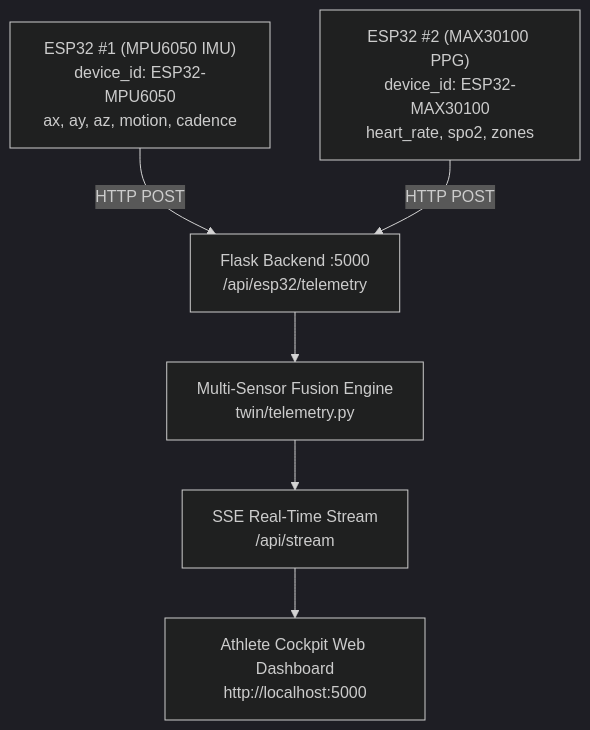
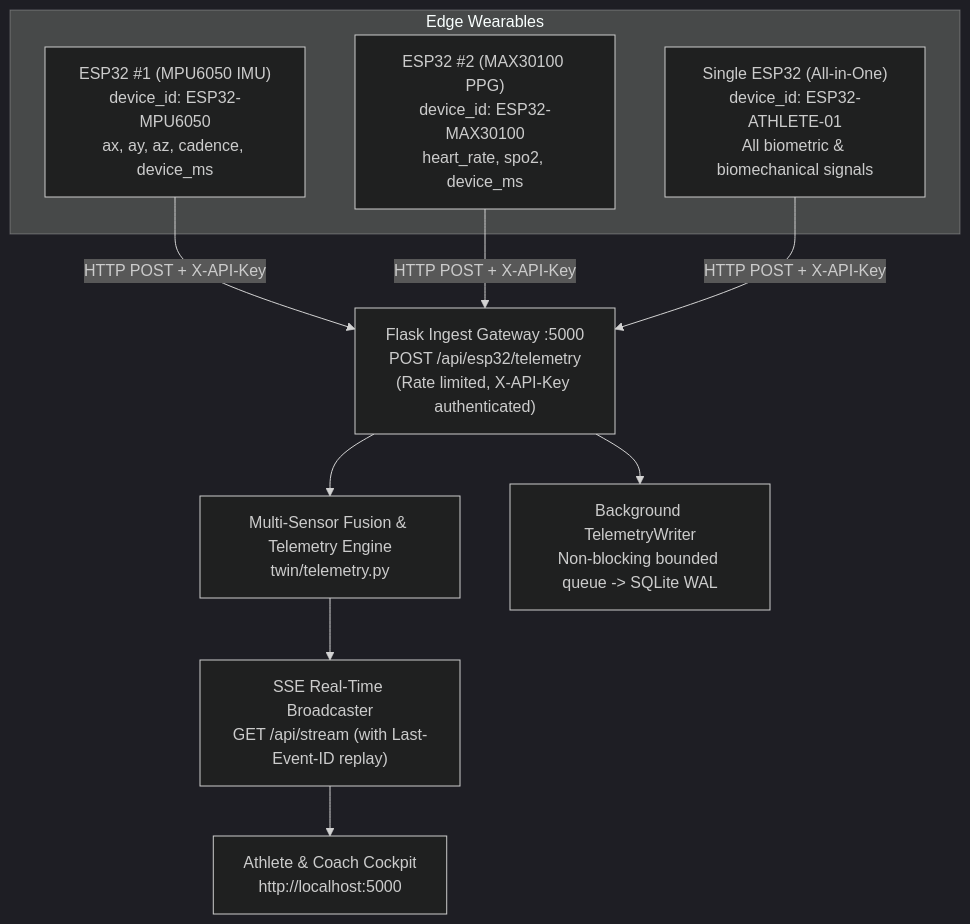
The diagram in firmware/WIRING_GUIDE.md (avneeshW/Twin-athlete), drawn with Mermaid (dark theme) before and after one commit. The commit also changed other lines of this file and 7 other files, not shown here.

Commit message:
docs(step-11): update README, WIRING_GUIDE for MAX30100 hardware and Phase 2 architecture

````diff
--- a/firmware/WIRING_GUIDE.md
+++ b/firmware/WIRING_GUIDE.md
@@ -13,8 +20,22 @@
 ```mermaid
 graph TD
-    ESP1["ESP32 #1 (MPU6050 IMU)<br/>device_id: ESP32-MPU6050<br/>ax, ay, az, motion, cadence"] -->|HTTP POST| SVR["Flask Backend :5000<br/>/api/esp32/telemetry"]
-    ESP2["ESP32 #2 (MAX30100 PPG)<br/>device_id: ESP32-MAX30100<br/>heart_rate, spo2, zones"] -->|HTTP POST| SVR
-    SVR --> FUSION["Multi-Sensor Fusion Engine<br/>twin/telemetry.py"]
-    FUSION --> SSE["SSE Real-Time Stream<br/>/api/stream"]
-    SSE --> UI["Athlete Cockpit Web Dashboard<br/>http://localhost:5000"]
+    subgraph Edge["Edge Wearables"]
+        ESP1["ESP32 #1 (MPU6050 IMU)<br/>device_id: ESP32-MPU6050<br/>ax, ay, az, cadence, device_ms"]
+        ESP2["ESP32 #2 (MAX30100 PPG)<br/>device_id: ESP32-MAX30100<br/>heart_rate, spo2, device_ms"]
+        ESP_ALL["Single ESP32 (All-in-One)<br/>device_id: ESP32-ATHLETE-01<br/>All biometric & biomechanical signals"]
+    end
+
+    SVR["Flask Ingest Gateway :5000<br/>POST /api/esp32/telemetry<br/>(Rate limited, X-API-Key authenticated)"]
+    FUSION["Multi-Sensor Fusion & Telemetry Engine<br/>twin/telemetry.py"]
+    WRITER["Background TelemetryWriter<br/>Non-blocking bounded queue -> SQLite WAL"]
+    SSE["SSE Real-Time Broadcaster<br/>GET /api/stream (with Last-Event-ID replay)"]
+    UI["Athlete & Coach Cockpit<br/>http://localhost:5000"]
+
+    ESP1 -->|HTTP POST + X-API-Key| SVR
+    ESP2 -->|HTTP POST + X-API-Key| SVR
+    ESP_ALL -->|HTTP POST + X-API-Key| SVR
+    SVR --> FUSION
+    SVR --> WRITER
+    FUSION --> SSE
+    SSE --> UI
 ```
````
